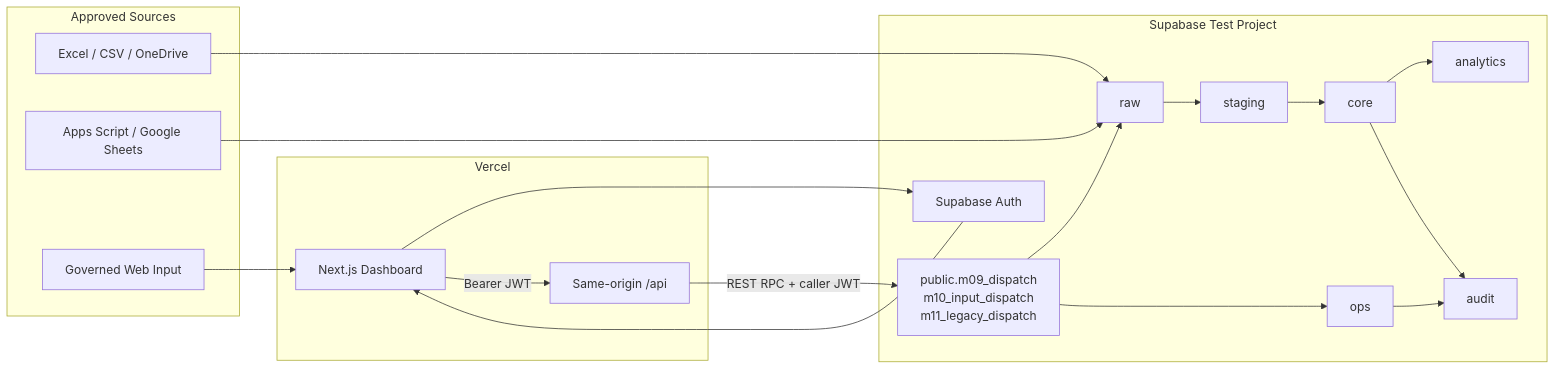
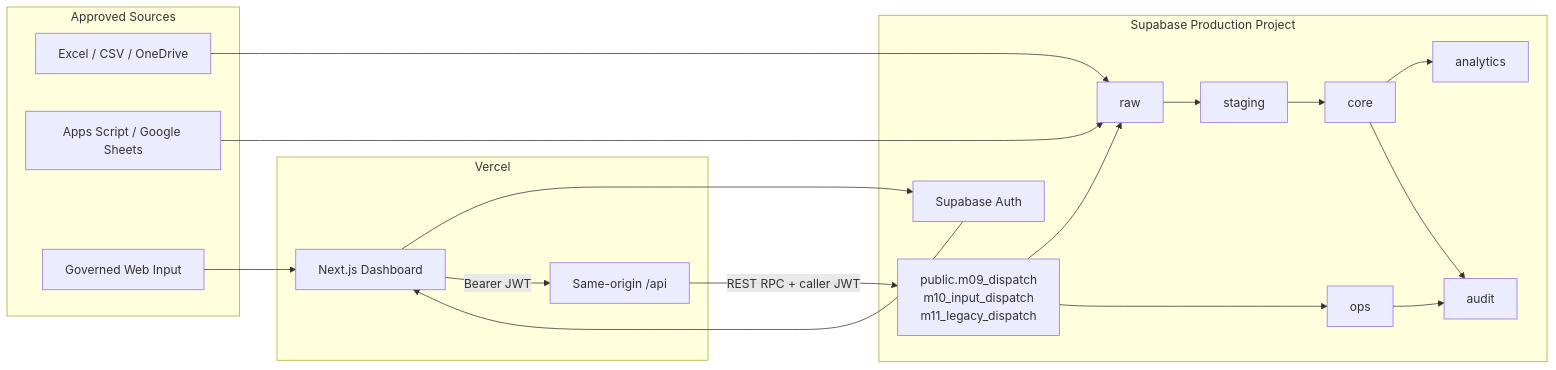
The second of 6 diagrams in SYNAPSE_CURRENT_PIPELINE.md (lanchakon-maikaeo/synapse-mea-pipeline), drawn with Mermaid before and after one commit. The commit also changed other lines of this file and 68 other files, not shown here.

````diff
--- a/SYNAPSE_CURRENT_PIPELINE.md
+++ b/SYNAPSE_CURRENT_PIPELINE.md
@@ -197,39 +237,39 @@
 ```mermaid
 flowchart LR
   subgraph Sources["Approved Sources"]
     Excel["Excel / CSV / OneDrive"]
     Sheets["Apps Script / Google Sheets"]
     Web["Governed Web Input"]
   end
 
   subgraph Vercel["Vercel"]
     UI["Next.js Dashboard"]
     API["Same-origin /api"]
   end
 
-  subgraph Supabase["Supabase Test Project"]
+  subgraph Supabase["Supabase Production Project"]
     Auth["Supabase Auth"]
     RPC["public.m09_dispatch\nm10_input_dispatch\nm11_legacy_dispatch"]
     Raw["raw"]
     Staging["staging"]
     Core["core"]
     Analytics["analytics"]
     Ops["ops"]
     Audit["audit"]
   end
 
   Excel --> Raw
   Sheets --> Raw
   Web --> UI
   UI --> Auth
   Auth --> UI
   UI -->|"Bearer JWT"| API
   API -->|"REST RPC + caller JWT"| RPC
   RPC --> Raw
   Raw --> Staging
   Staging --> Core
   Core --> Analytics
   RPC --> Ops
   Core --> Audit
   Ops --> Audit
 ```
````
